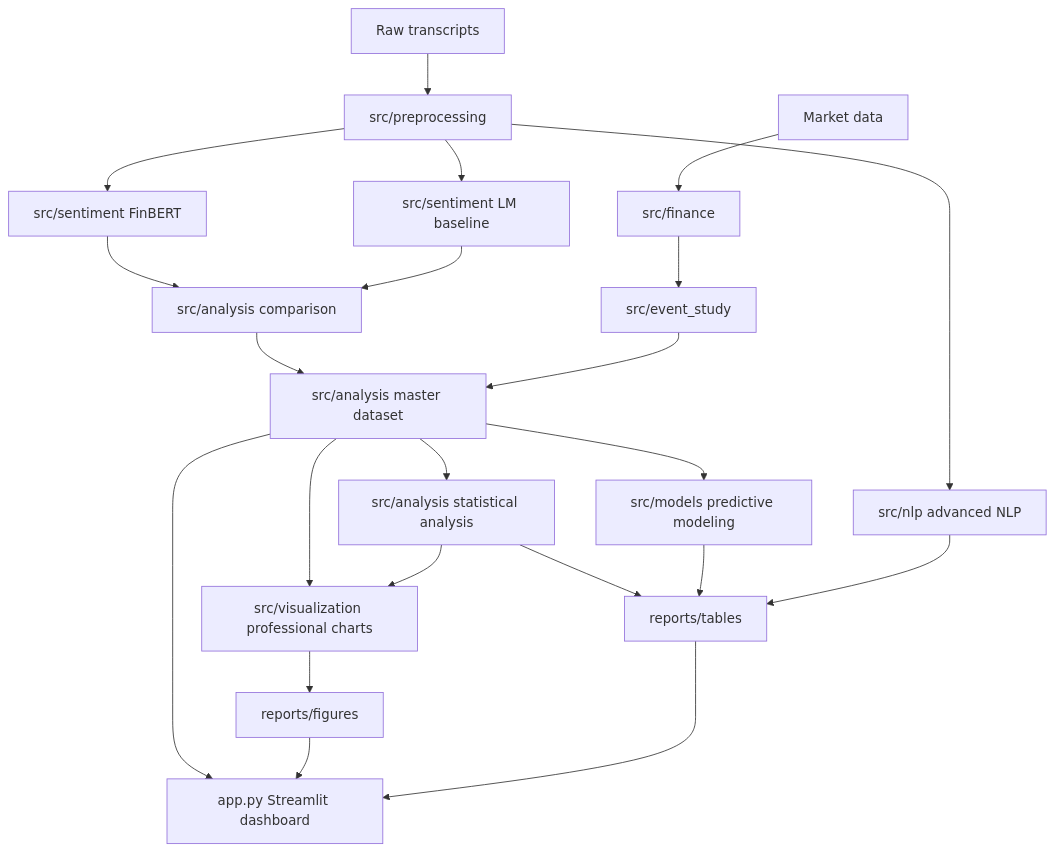
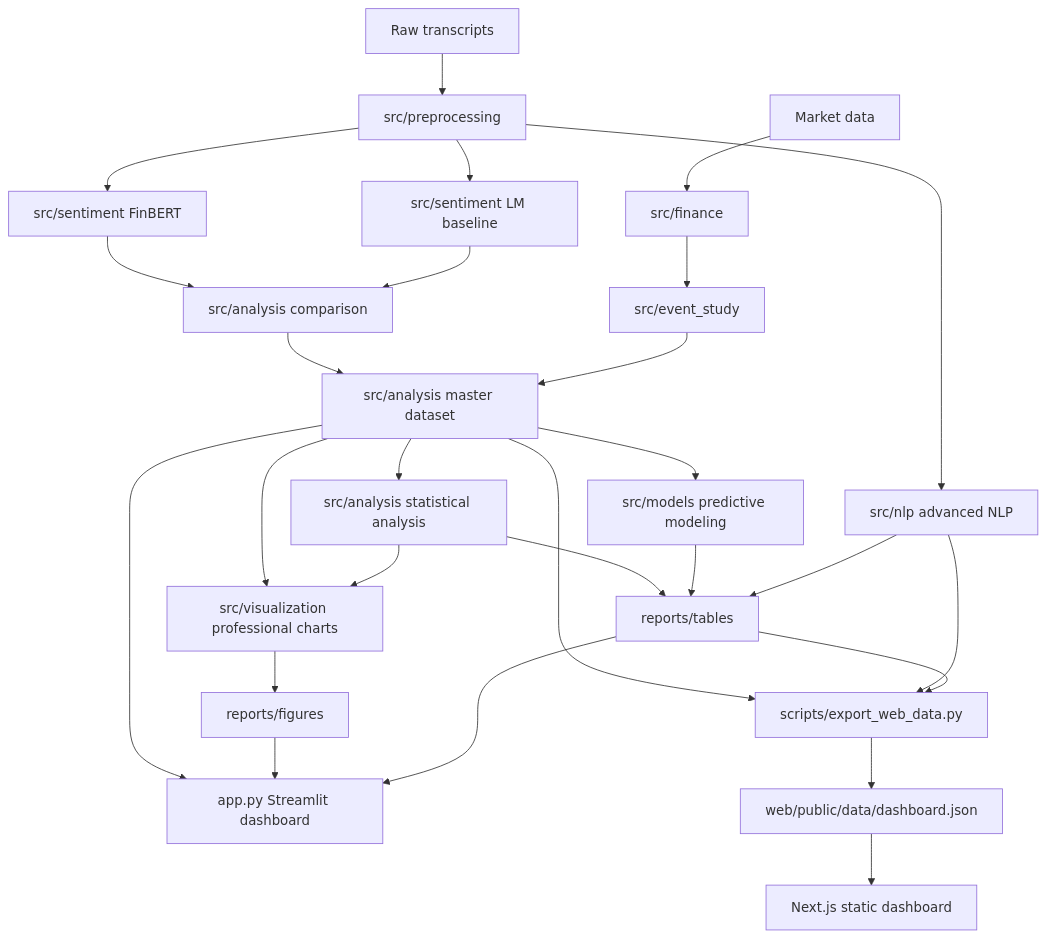
Before and after one commit to imayankss/EarningsLens: the first of 2 diagrams in docs/architecture.md, drawn with Mermaid. The commit also changed other lines of this file and 27 other files, not shown here.

````diff
--- a/docs/architecture.md
+++ b/docs/architecture.md
@@ -5,24 +5,29 @@
 ```mermaid
 flowchart TD
     A[Raw transcripts] --> B[src/preprocessing]
     B --> C[src/sentiment FinBERT]
     B --> D[src/sentiment LM baseline]
     C --> E[src/analysis comparison]
     D --> E
     F[Market data] --> G[src/finance]
     G --> H[src/event_study]
     E --> I[src/analysis master dataset]
     H --> I
     I --> J[src/analysis statistical analysis]
     I --> K[src/models predictive modeling]
     B --> L[src/nlp advanced NLP]
     I --> M[src/visualization professional charts]
     J --> M
     M --> N[reports/figures]
     J --> O[reports/tables]
     K --> O
     L --> O
     I --> P[app.py Streamlit dashboard]
     N --> P
     O --> P
+    I --> Q[scripts/export_web_data.py]
+    L --> Q
+    O --> Q
+    Q --> R[web/public/data/dashboard.json]
+    R --> S[Next.js static dashboard]
 ```
````
